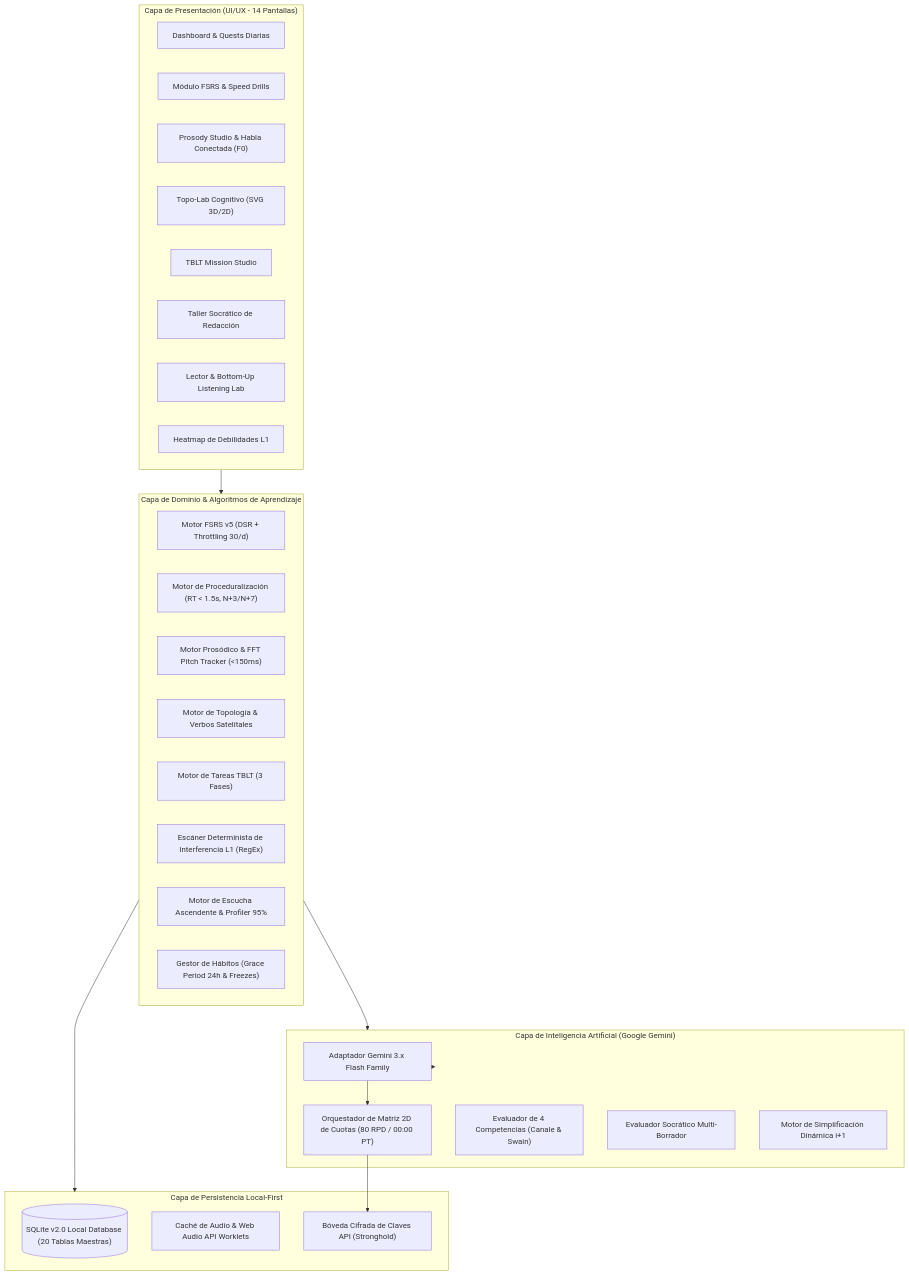
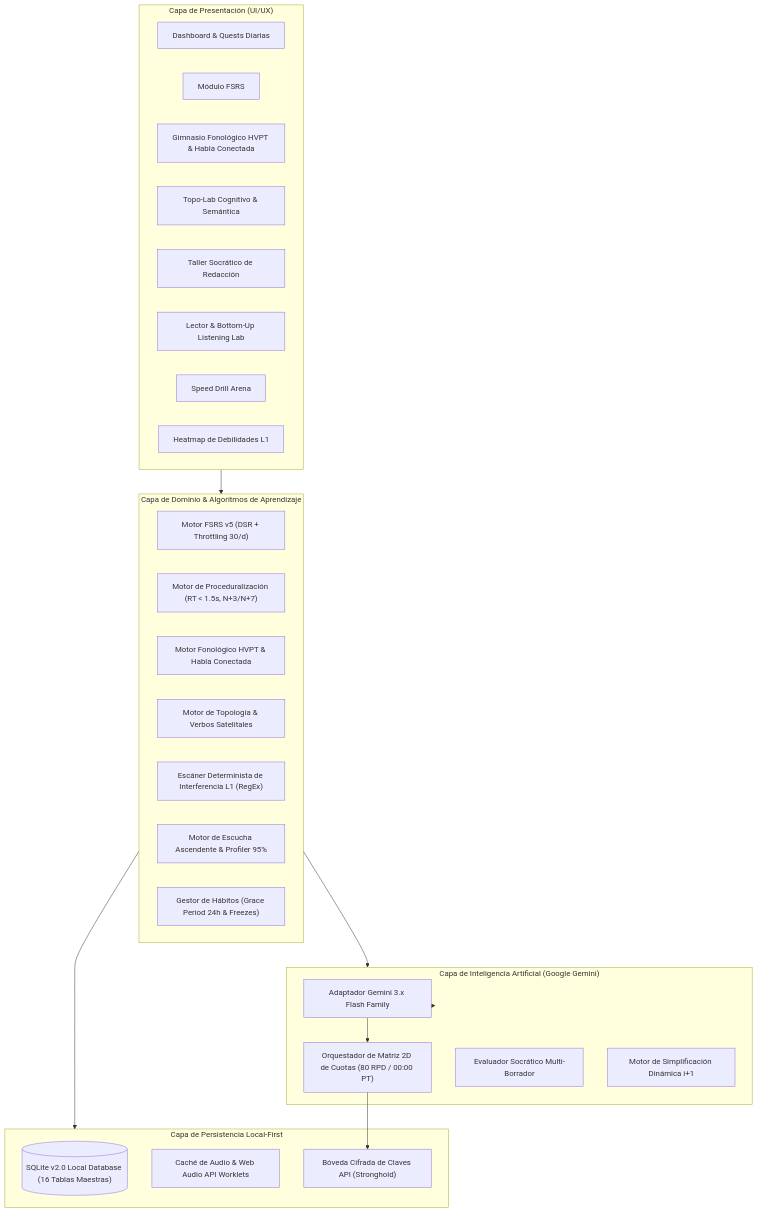
One commit to JosGRM21/english_learning_assistant changed the diagram in docs/README.md. Above: the diagram before and after it, drawn with Mermaid. The commit also changed other lines of this file and 132 other files, not shown here.

````diff
--- a/docs/README.md
+++ b/docs/README.md
@@ -46,45 +44,43 @@
 ```mermaid
 graph TB
-    subgraph UI["Capa de Presentación (UI/UX - 14 Pantallas)"]
+    subgraph UI["Capa de Presentación (UI/UX)"]
         Dashboard["Dashboard & Quests Diarias"]
-        SRSView["Módulo FSRS & Speed Drills"]
-        ProsodyView["Prosody Studio & Habla Conectada (F0)"]
-        TopoView["Topo-Lab Cognitivo (SVG 3D/2D)"]
-        TBLTView["TBLT Mission Studio"]
+        SRSView["Módulo FSRS"]
+        PhonologyView["Gimnasio Fonológico HVPT & Habla Conectada"]
+        TopoView["Topo-Lab Cognitivo & Semántica"]
         WritingView["Taller Socrático de Redacción"]
         ReaderView["Lector & Bottom-Up Listening Lab"]
+        DrillsView["Speed Drill Arena"]
         AnalyticsView["Heatmap de Debilidades L1"]
     end
 
     subgraph Core["Capa de Dominio & Algoritmos de Aprendizaje"]
         FSRSEngine["Motor FSRS v5 (DSR + Throttling 30/d)"]
         ProcEngine["Motor de Proceduralización (RT < 1.5s, N+3/N+7)"]
-        ProsodyEngine["Motor Prosódico & FFT Pitch Tracker (<150ms)"]
+        PhonoEngine["Motor Fonológico HVPT & Habla Conectada"]
         TopoEngine["Motor de Topología & Verbos Satelitales"]
-        TbltEngine["Motor de Tareas TBLT (3 Fases)"]
         L1Scanner["Escáner Determinista de Interferencia L1 (RegEx)"]
         ListeningEngine["Motor de Escucha Ascendente & Profiler 95%"]
         HabitEngine["Gestor de Hábitos (Grace Period 24h & Freezes)"]
     end
 
     subgraph AI["Capa de Inteligencia Artificial (Google Gemini)"]
         GeminiAdapter["Adaptador Gemini 3.x Flash Family"]
         QuotaMatrix["Orquestador de Matriz 2D de Cuotas (80 RPD / 00:00 PT)"]
-        TbltEvaluator["Evaluador de 4 Competencias (Canale & Swain)"]
         SocraticEvaluator["Evaluador Socrático Multi-Borrador"]
         Simplifier["Motor de Simplificación Dinámica i+1"]
     end
 
     subgraph Data["Capa de Persistencia Local-First"]
-        SQLiteDB[("SQLite v2.0 Local Database (20 Tablas Maestras)")]
+        SQLiteDB[("SQLite v2.0 Local Database (16 Tablas Maestras)")]
         AudioStore["Caché de Audio & Web Audio API Worklets"]
         Vault["Bóveda Cifrada de Claves API (Stronghold)"]
     end
 
     UI --> Core
     Core --> AI
     Core --> Data
     AI --> GeminiAdapter
     GeminiAdapter --> QuotaMatrix
     QuotaMatrix --> Vault
 ```
````
